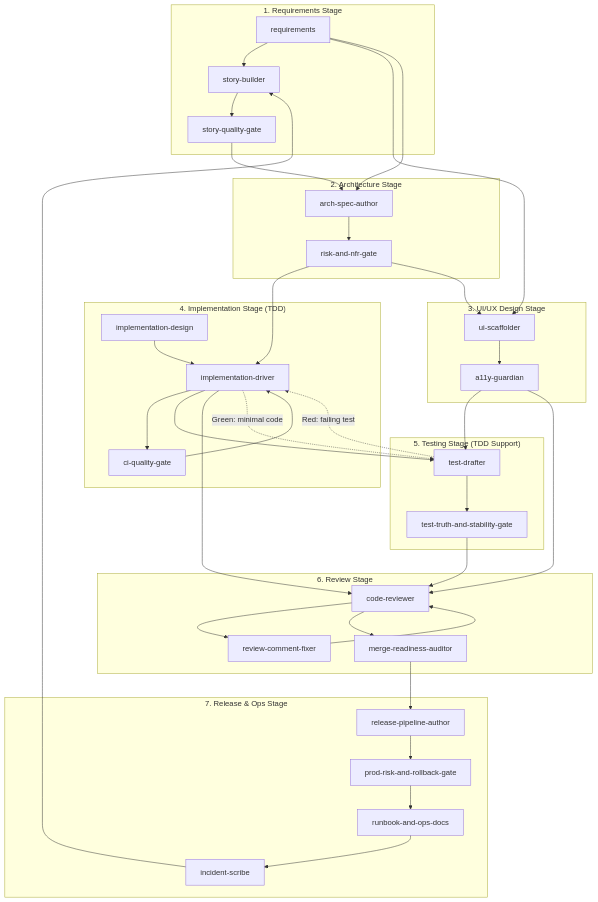
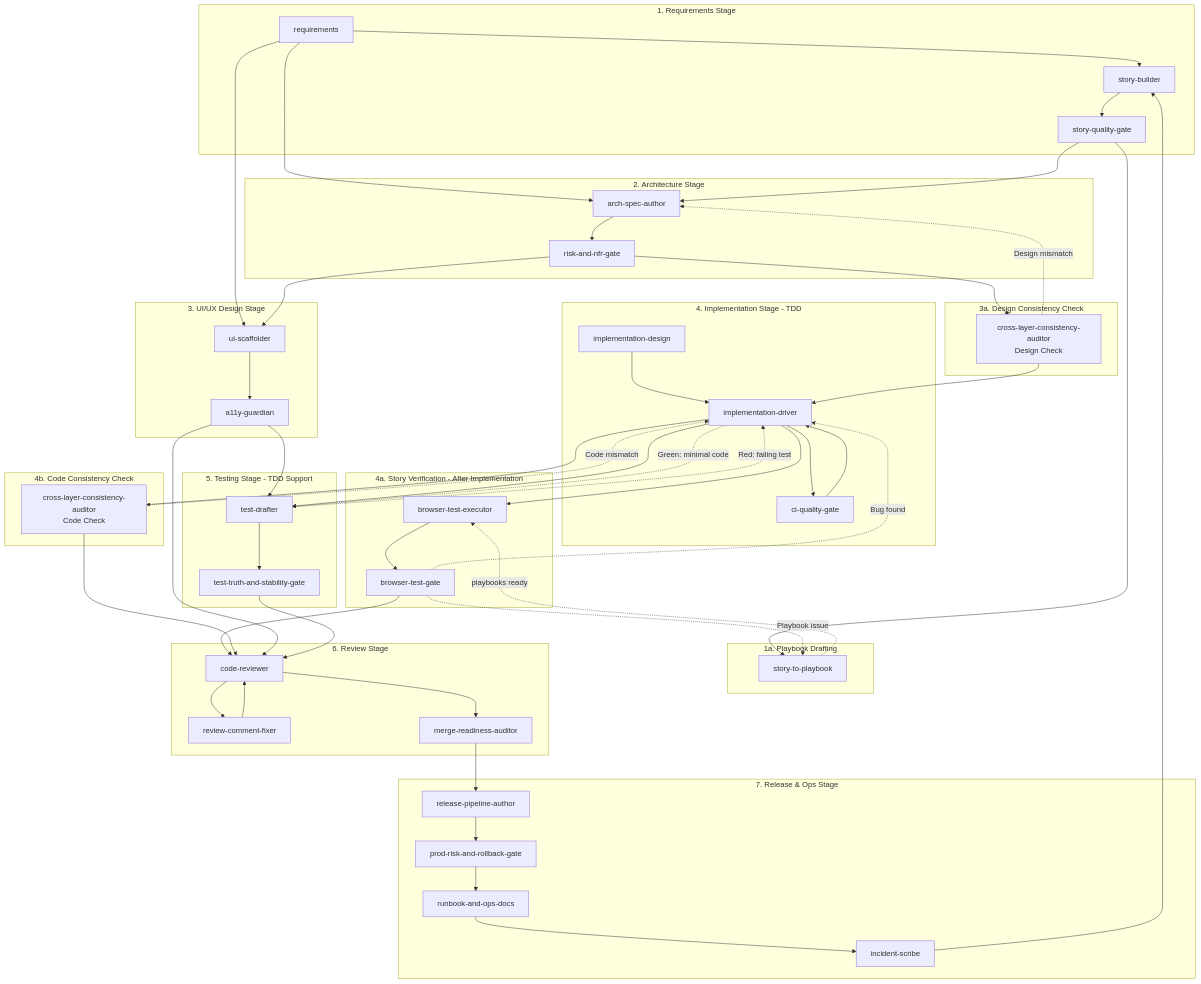
Before and after one commit to grammy-jiang/agentic-dev-template: the diagram in docs/best_practices/web-dev-lifecycle/agent-workflow-diagram.md, drawn with Mermaid. The commit also changed other lines of this file and 12 other files, not shown here.

First line of the commit message:
feat(agents): add two-stage consistency auditing and browser test verification

````diff
--- a/docs/best_practices/web-dev-lifecycle/agent-workflow-diagram.md
+++ b/docs/best_practices/web-dev-lifecycle/agent-workflow-diagram.md
@@ -257,10 +349,18 @@
         SB --> SQG
     end
 
+    subgraph PlaybookDraft["1a. Playbook Drafting"]
+        STP[story-to-playbook]
+    end
+
     subgraph Architecture["2. Architecture Stage"]
         ASA[arch-spec-author]
         RNG[risk-and-nfr-gate]
         ASA --> RNG
+    end
+
+    subgraph DesignConsistency["3a. Design Consistency Check"]
+        CLCA_DESIGN[cross-layer-consistency-auditor<br/>Design Check]
     end
 
     subgraph UIUX["3. UI/UX Design Stage"]
@@ -269,7 +369,7 @@
         UIS --> A11Y
     end
 
-    subgraph Implementation["4. Implementation Stage (TDD)"]
+    subgraph Implementation["4. Implementation Stage - TDD"]
         ID[implementation-design]
         IDR[implementation-driver]
         CQG[ci-quality-gate]
@@ -277,7 +377,17 @@
         IDR --> CQG
     end
 
-    subgraph Testing["5. Testing Stage (TDD Support)"]
+    subgraph StoryVerification["4a. Story Verification - After Implementation"]
+        BTE[browser-test-executor]
+        BTG[browser-test-gate]
+        BTE --> BTG
+    end
+
+    subgraph CodeConsistency["4b. Code Consistency Check"]
+        CLCA_CODE[cross-layer-consistency-auditor<br/>Code Check]
+    end
+
+    subgraph Testing["5. Testing Stage - TDD Support"]
         TD[test-drafter]
         TTSG[test-truth-and-stability-gate]
         TD --> TTSG
@@ -302,16 +412,28 @@
         ROD --> IS
     end
 
-    %% Cross-stage connections
+    %% Cross-stage connections - Requirements to downstream
     REQ --> UIS
     REQ --> ASA
     SQG --> ASA
-    RNG --> IDR
+    SQG --> STP
+
+    %% Architecture to downstream
+    RNG --> CLCA_DESIGN
+    CLCA_DESIGN --> IDR
     RNG --> UIS
+
+    %% Implementation to post-implementation checks
+    IDR --> BTE
+    STP -.->|"playbooks ready"| BTE
+    IDR --> CLCA_CODE
+    BTG --> CR
+    CLCA_CODE --> CR
+
+    %% Other connections
     A11Y --> TD
     A11Y --> CR
     IDR --> TD
-    IDR --> CR
     CQG --> IDR
     TTSG --> CR
     MRA --> RPA
@@ -320,4 +442,12 @@
     %% TDD Loop (Red → Green → Refactor)
     TD -.->|"Red: failing test"| IDR
     IDR -.->|"Green: minimal code"| TD
+
+    %% Story Verification Loop (after implementation)
+    BTG -.->|"Bug found"| IDR
+    BTG -.->|"Playbook issue"| STP
+
+    %% Consistency Fix Loops
+    CLCA_DESIGN -.->|"Design mismatch"| ASA
+    CLCA_CODE -.->|"Code mismatch"| IDR
 ```
````
